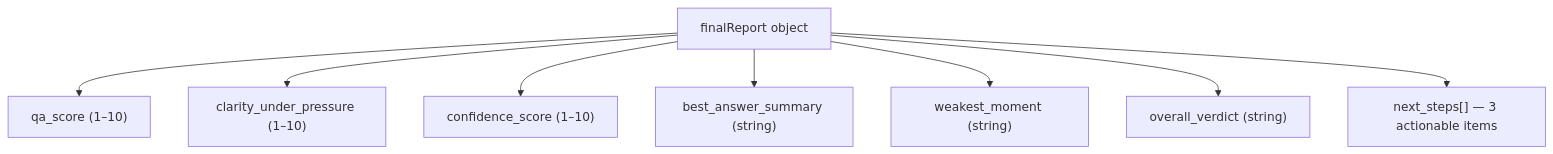
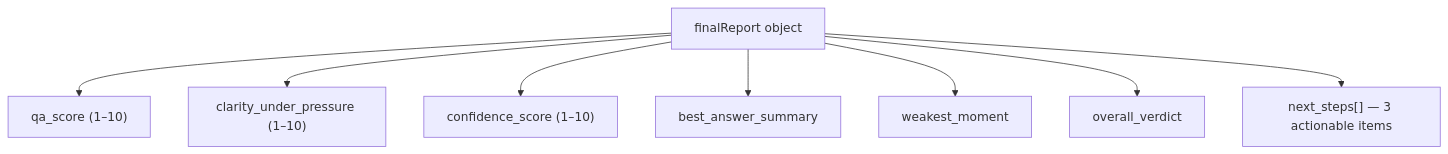
Before and after one commit to srivi19/pitchmirror: the ninth of 10 diagrams in architecture.md, drawn with Mermaid. The commit also changed other lines of this file and 1 other file, not shown here.

Commit message:
Update README and architecture.md: Express proxy, voice I/O, back/download buttons, deployment guide

````diff
--- a/architecture.md
+++ b/architecture.md
@@ -239,11 +275,11 @@
 ```mermaid
 graph TD
     FR["finalReport object"]
     FR --> qa_score["qa_score (1–10)"]
     FR --> clarity_under_pressure["clarity_under_pressure (1–10)"]
     FR --> confidence_score["confidence_score (1–10)"]
-    FR --> best_answer_summary["best_answer_summary (string)"]
-    FR --> weakest_moment["weakest_moment (string)"]
-    FR --> overall_verdict["overall_verdict (string)"]
+    FR --> best_answer_summary["best_answer_summary"]
+    FR --> weakest_moment["weakest_moment"]
+    FR --> overall_verdict["overall_verdict"]
     FR --> next_steps["next_steps[] — 3 actionable items"]
 ```
````
